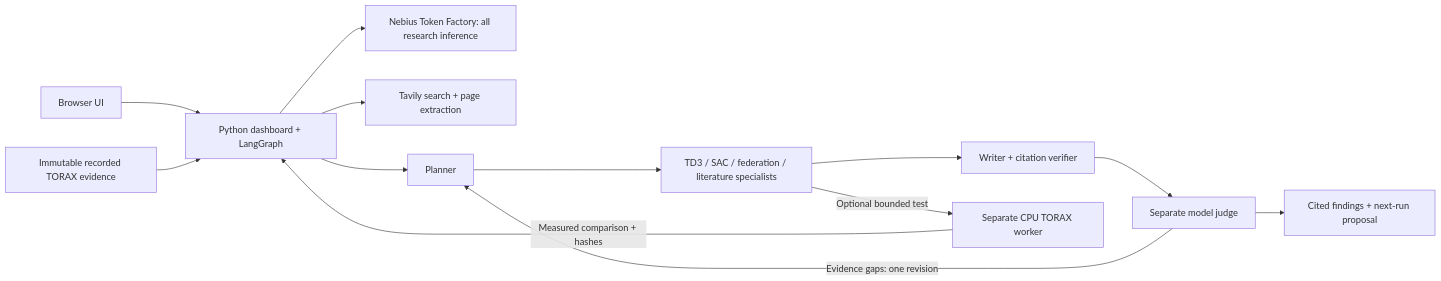
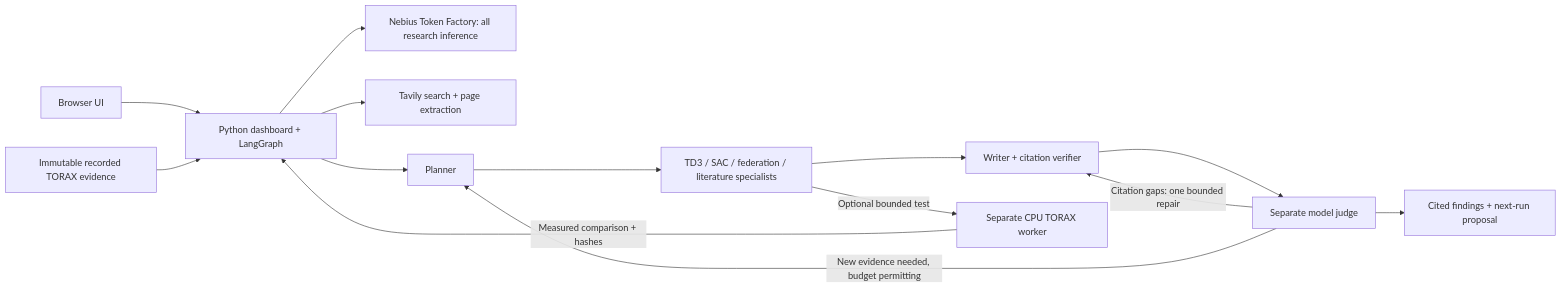
The diagram in README.md (wolfeiq/fusion-research-agent), drawn with Mermaid before and after one commit. The commit also changed other lines of this file and 3 other files, not shown here.

````diff
--- a/README.md
+++ b/README.md
@@ -86,15 +86,16 @@
 ```mermaid
 flowchart LR
   UI[Browser UI] --> APP[Python dashboard + LangGraph]
   APP --> TF[Nebius Token Factory: all research inference]
   APP --> TV[Tavily search + page extraction]
   DATA[Immutable recorded TORAX evidence] --> APP
   APP --> PLAN[Planner]
   PLAN --> TEAM[TD3 / SAC / federation / literature specialists]
   TEAM --> WRITE[Writer + citation verifier]
   WRITE --> JUDGE[Separate model judge]
-  JUDGE -->|Evidence gaps: one revision| PLAN
+  JUDGE -->|Citation gaps: one bounded repair| WRITE
+  JUDGE -->|New evidence needed, budget permitting| PLAN
   JUDGE --> REPORT[Cited findings + next-run proposal]
   TEAM -->|Optional bounded test| WORKER[Separate CPU TORAX worker]
   WORKER -->|Measured comparison + hashes| APP
 ```
````
